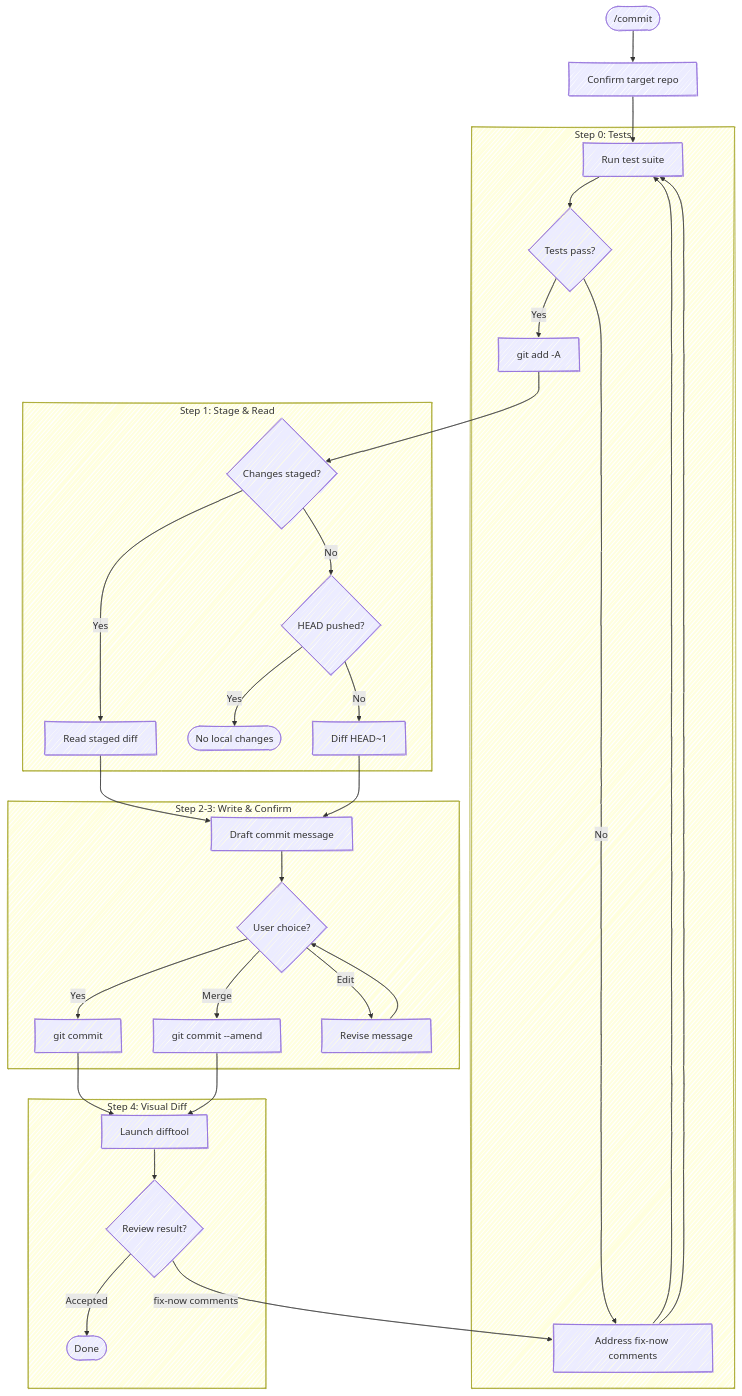
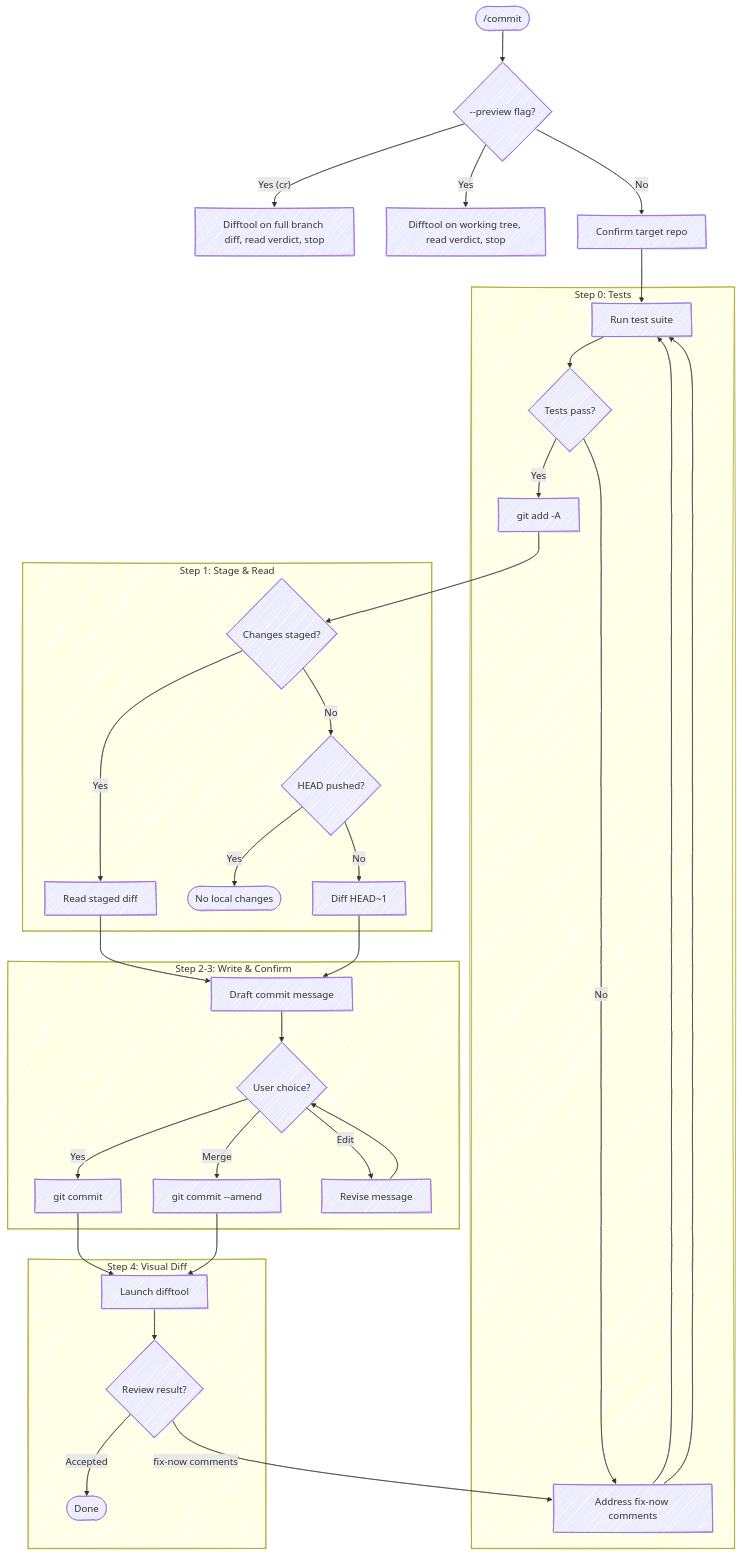
The diagram in skills/commit/SKILL.md (chris-peterson/anchor), drawn with Mermaid before and after one commit. The commit also changed other lines of this file and 6 other files, not shown here.

First line of the commit message:
Fold the preview skill into /anchor:commit --preview

````diff
--- a/skills/commit/SKILL.md
+++ b/skills/commit/SKILL.md
@@ -12,36 +12,39 @@
 ```mermaid
 %%{ init: { 'look': 'handDrawn' } }%%
 flowchart TD
-    Start(["/commit"]) --> Repo["Confirm target repo"] --> Tests
+    Start(["/commit"]) --> Preview{"--preview flag?"}
+    Preview -->|"Yes (cr)"| PreviewFull["Difftool on full branch diff, read verdict, stop"]
+    Preview -->|Yes| PreviewDiff["Difftool on working tree, read verdict, stop"]
+    Preview -->|No| Repo["Confirm target repo"] --> Tests
 
     subgraph "Step 0: Tests"
         Tests["Run test suite"] --> TestResult{Tests pass?}
         TestResult -->|No| Fix["Fix failures"] --> Tests
         TestResult -->|Yes| Stage
     end
 
     subgraph "Step 1: Stage & Read"
         Stage["git add -A"] --> Staged{Changes staged?}
         Staged -->|Yes| ReadDiff["Read staged diff"]
         Staged -->|No| CheckHead{HEAD pushed?}
         CheckHead -->|Yes| Stop([No local changes])
         CheckHead -->|No| ReadHead["Diff HEAD~1"]
     end
 
     subgraph "Step 2-3: Write & Confirm"
         ReadDiff --> Draft["Draft commit message"]
         ReadHead --> Draft
         Draft --> Confirm{User choice?}
         Confirm -->|Yes| Commit["git commit"]
         Confirm -->|Merge| Amend["git commit --amend"]
         Confirm -->|Edit| Revise["Revise message"] --> Confirm
     end
 
     subgraph "Step 4: Visual Diff"
         Commit --> DiffTool["Launch difftool"]
         Amend --> DiffTool
         DiffTool --> Review{Review result?}
         Review -->|Accepted| Done([Done])
         Review -->|fix-now comments| Fix["Address fix-now comments"] --> Tests
     end
 ```
````
